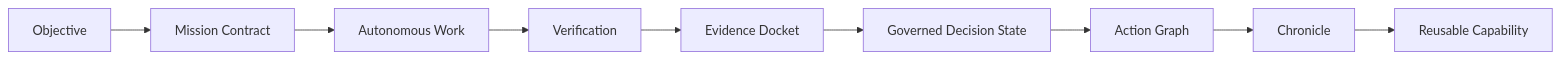
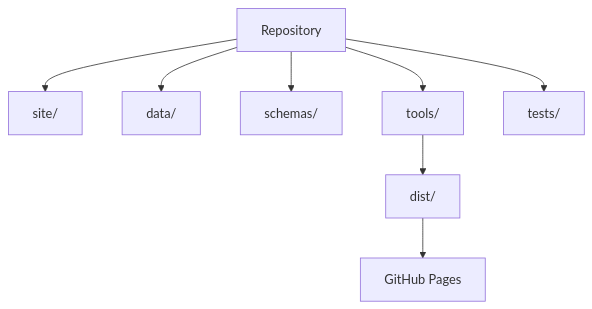
Before and after one commit to MontrealAI/goalos-agijobmanager-ascension: the first of 2 diagrams in dist/docs/ARCHITECTURE.md, drawn with Mermaid. The commit also changed other lines of this file and 49 other files, not shown here.

````diff
--- a/dist/docs/ARCHITECTURE.md
+++ b/dist/docs/ARCHITECTURE.md
@@ -23,11 +5,10 @@
 ```mermaid
-flowchart LR
-  O[Objective] --> M[Mission Contract]
-  M --> W[Autonomous Work]
-  W --> V[Verification]
-  V --> E[Evidence Docket]
-  E --> G[Governed Decision State]
-  G --> A[Action Graph]
-  A --> C[Chronicle]
-  C --> R[Reusable Capability]
+flowchart TB
+  Repo[Repository] --> Site[site/]
+  Repo --> Data[data/]
+  Repo --> Schemas[schemas/]
+  Repo --> Tools[tools/]
+  Repo --> Tests[tests/]
+  Tools --> Dist[dist/]
+  Dist --> Pages[GitHub Pages]
 ```
````
